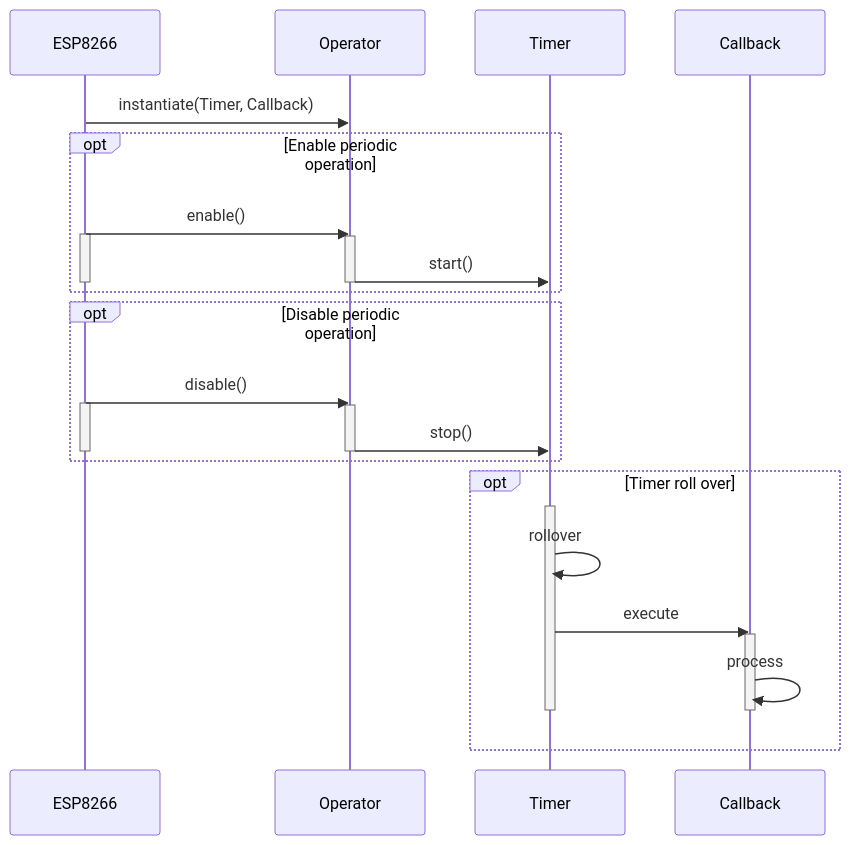
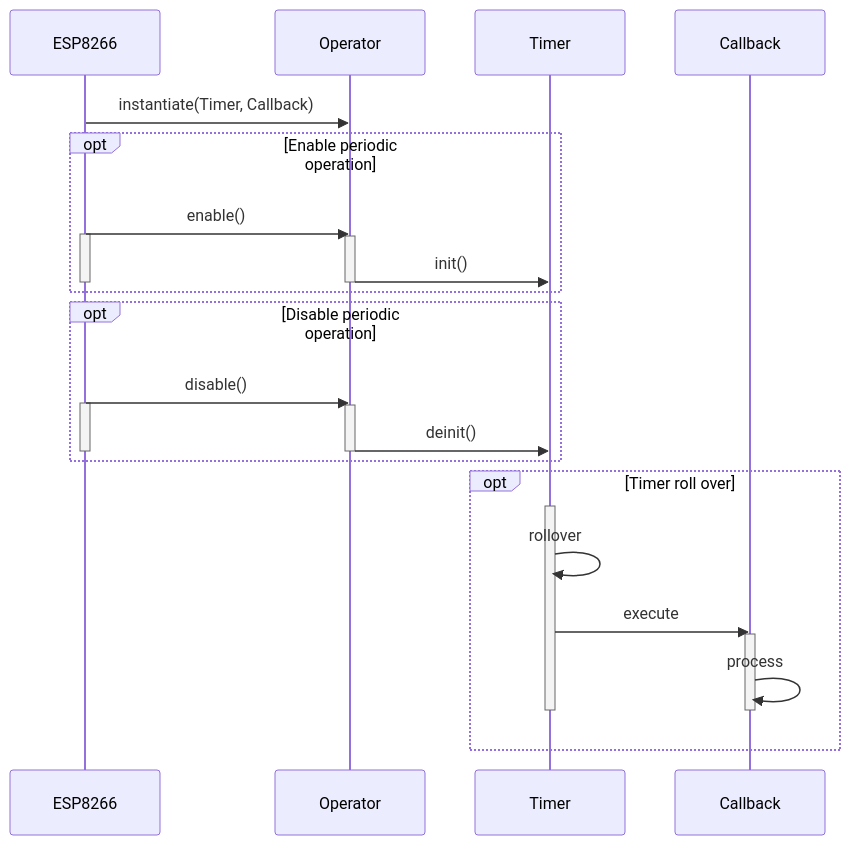
The sixth of 6 diagrams in README.md (freemansoft/ESP8266-MicroPython), drawn with Mermaid before and after one commit. The commit also changed other lines of this file and 4 other files, not shown here.

````diff
--- a/README.md
+++ b/README.md
@@ -232,36 +233,36 @@
 ```mermaid
 sequenceDiagram
     participant ESP8266
     participant Operator
     participant Timer
     participant Callback
 
     ESP8266 ->>Operator: instantiate(Timer, Callback)
 
     opt Enable periodic operation
         ESP8266->>Operator: enable()
         activate ESP8266
         activate Operator
-        Operator->>Timer: start()
+        Operator->>Timer: init()
         deactivate Operator
         deactivate ESP8266
     end
     opt Disable periodic operation
         ESP8266->>Operator: disable()
         activate ESP8266
         activate Operator
-        Operator->>Timer: stop()
+        Operator->>Timer: deinit()
         deactivate Operator
         deactivate ESP8266
     end
     opt Timer roll over
         activate Timer
         Timer ->>Timer: rollover
         Timer->>Callback: execute
         activate Callback
         Callback ->> Callback: process
         deactivate Callback
         deactivate Timer
     end
 
 ```
````
